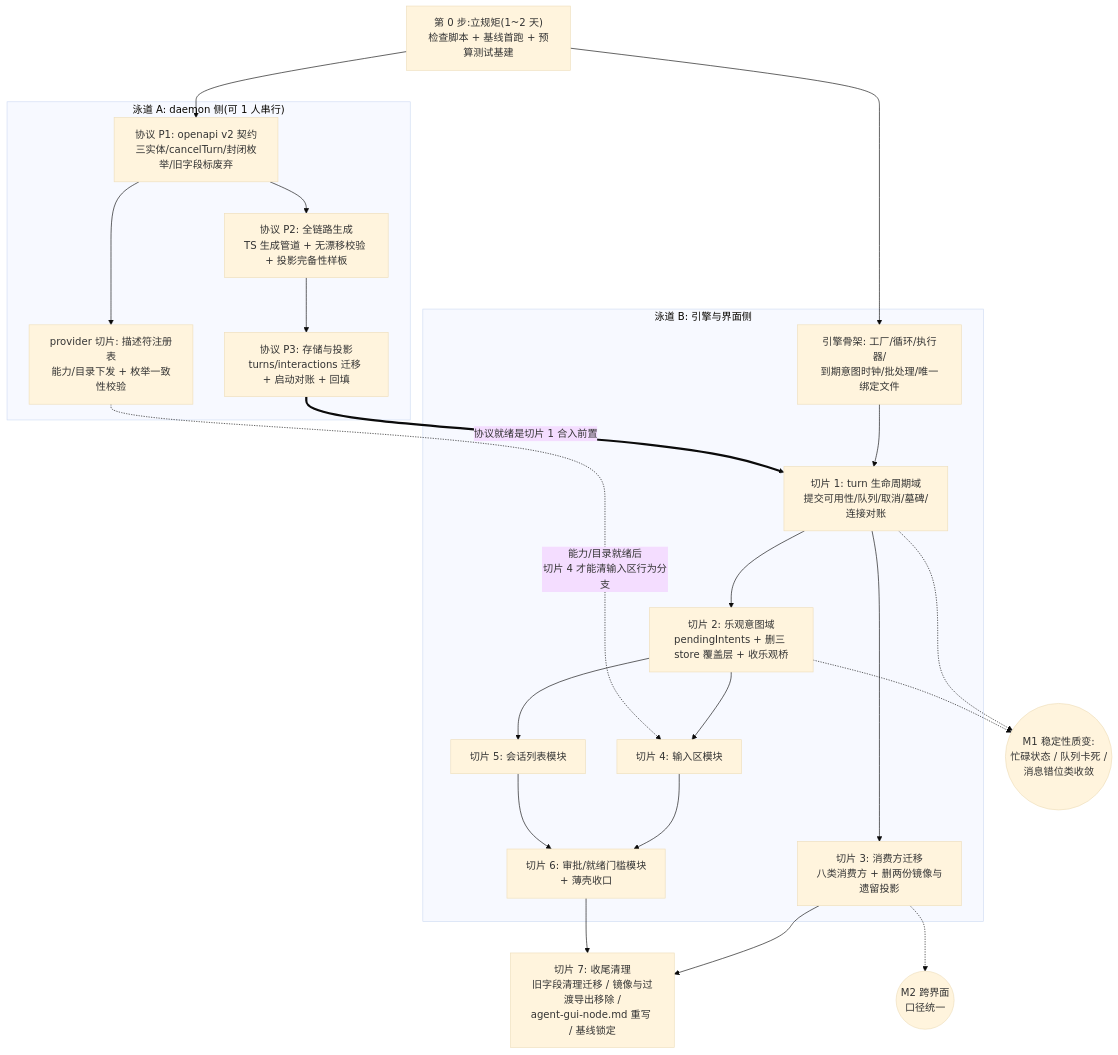
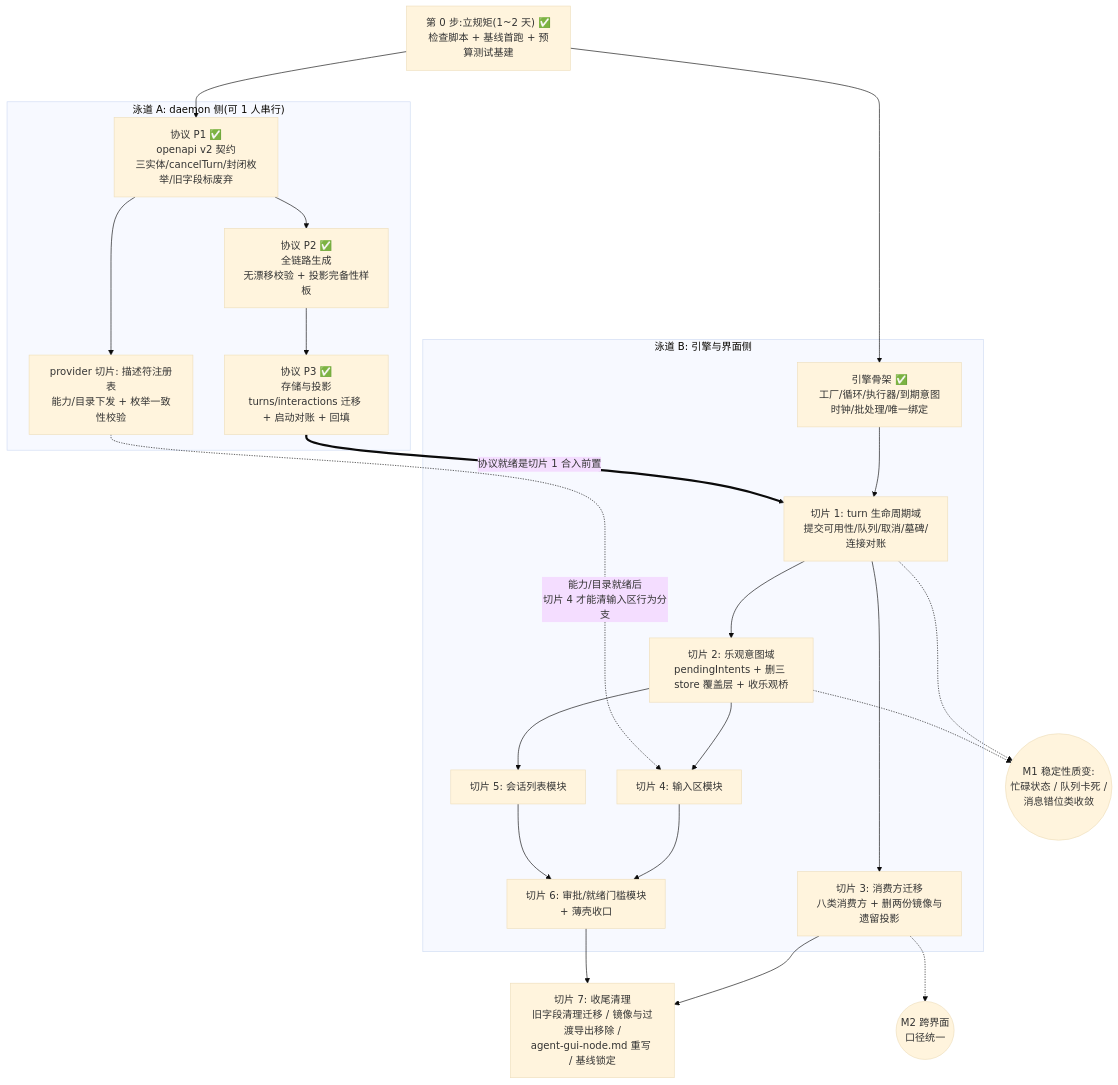
The eighth of 8 diagrams in docs/architecture/agent-gui-refactor-plan.md (tutti-os/tutti), drawn with Mermaid (base theme) before and after one commit. The commit also changed other lines of this file and 61 other files, not shown here.

````diff
--- a/docs/architecture/agent-gui-refactor-plan.md
+++ b/docs/architecture/agent-gui-refactor-plan.md
@@ -710,43 +710,43 @@
 ```mermaid
 flowchart TB
-    S0["第 0 步:立规矩(1~2 天)<br/>检查脚本 + 基线首跑 + 预算测试基建"]
+    S0["第 0 步:立规矩(1~2 天) ✅<br/>检查脚本 + 基线首跑 + 预算测试基建"]
 
     subgraph laneD["泳道 A: daemon 侧(可 1 人串行)"]
-        SP1["协议 P1: openapi v2 契约<br/>三实体/cancelTurn/封闭枚举/旧字段标废弃"]
-        SP2["协议 P2: 全链路生成<br/>TS 生成管道 + 无漂移校验 + 投影完备性样板"]
-        SP3["协议 P3: 存储与投影<br/>turns/interactions 迁移 + 启动对账 + 回填"]
+        SP1["协议 P1 ✅<br/>openapi v2 契约<br/>三实体/cancelTurn/封闭枚举/旧字段标废弃"]
+        SP2["协议 P2 ✅<br/>全链路生成<br/>无漂移校验 + 投影完备性样板"]
+        SP3["协议 P3 ✅<br/>存储与投影<br/>turns/interactions 迁移 + 启动对账 + 回填"]
         SR["provider 切片: 描述符注册表<br/>能力/目录下发 + 枚举一致性校验"]
         SP1 --> SP2 --> SP3
         SP1 --> SR
     end
 
     subgraph laneG["泳道 B: 引擎与界面侧"]
-        SE["引擎骨架: 工厂/循环/执行器/<br/>到期意图时钟/批处理/唯一绑定文件"]
+        SE["引擎骨架 ✅<br/>工厂/循环/执行器/到期意图时钟/批处理/唯一绑定"]
         S1["切片 1: turn 生命周期域<br/>提交可用性/队列/取消/墓碑/连接对账"]
         S2["切片 2: 乐观意图域<br/>pendingIntents + 删三 store 覆盖层 + 收乐观桥"]
         S3["切片 3: 消费方迁移<br/>八类消费方 + 删两份镜像与遗留投影"]
         S4["切片 4: 输入区模块"]
         S5["切片 5: 会话列表模块"]
         S6["切片 6: 审批/就绪门槛模块<br/>+ 薄壳收口"]
         SE --> S1
         S1 --> S2
         S1 --> S3
         S2 --> S4
         S2 --> S5
         S4 --> S6
         S5 --> S6
     end
 
     S7["切片 7: 收尾清理<br/>旧字段清理迁移 / 镜像与过渡导出移除 /<br/>agent-gui-node.md 重写 / 基线锁定"]
 
     S0 --> SP1
     S0 --> SE
     SP3 ==协议就绪是切片 1 合入前置==> S1
     SR -.能力/目录就绪后<br/>切片 4 才能清输入区行为分支.-> S4
     S3 --> S7
     S6 --> S7
 
     S1 -.-> M1(("M1 稳定性质变:<br/>忙碌状态 / 队列卡死 /<br/>消息错位类收敛"))
     S2 -.-> M1
     S3 -.-> M2(("M2 跨界面<br/>口径统一"))
 ```
````
